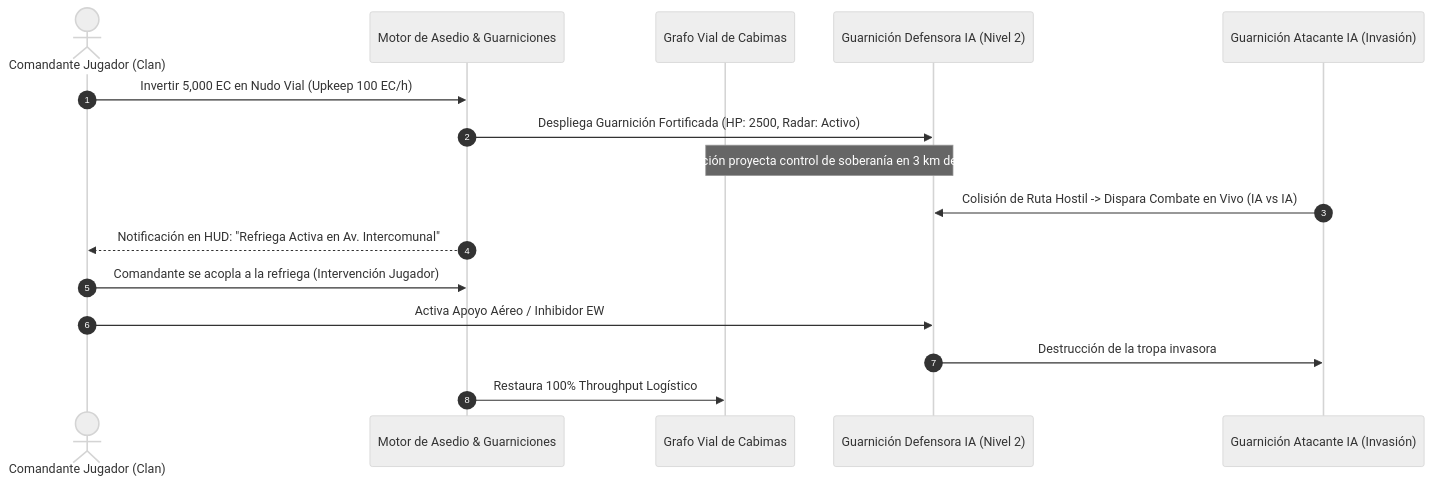
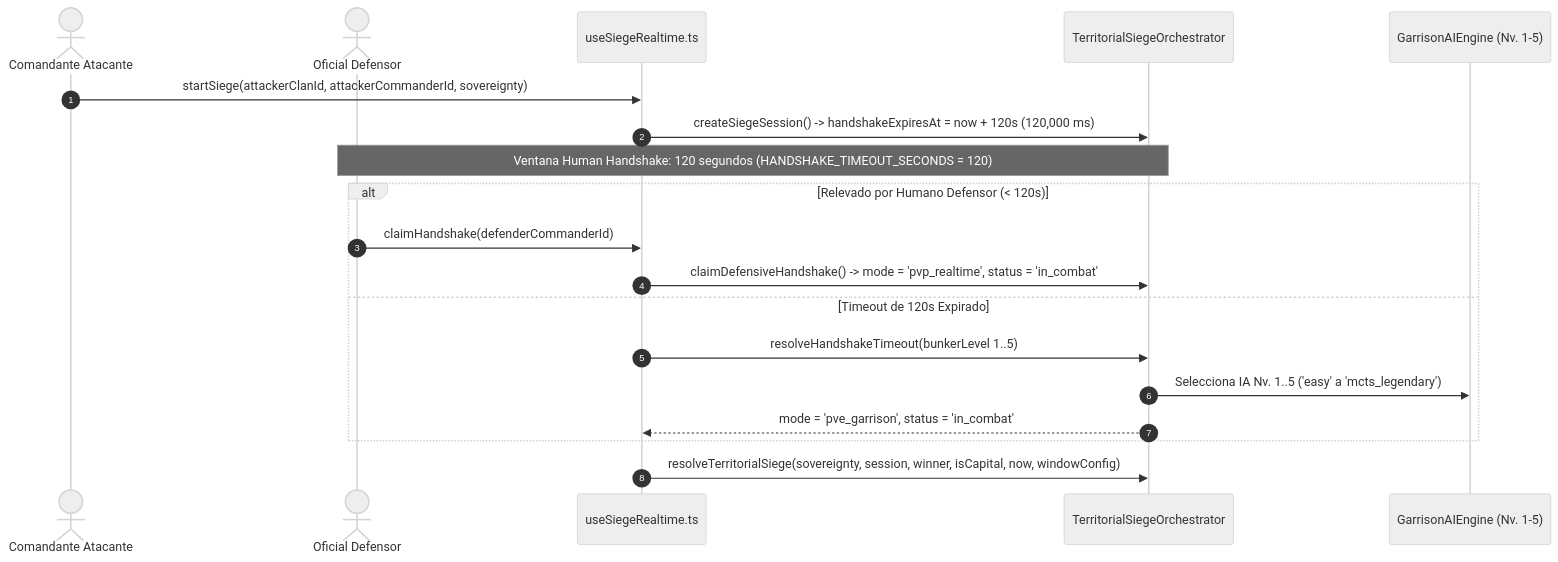
One commit to davikisea/GEOTACTICS-ONLINE changed the seventh of 8 diagrams in docs/PROPUESTA_INGENIERIA_MAPA_METAPOLITICA_ALICE_CABIMAS.md. Above: the diagram before and after it, drawn with Mermaid (neutral theme). The commit also changed other lines of this file and 352 other files, not shown here.

Commit message:
feat(architecture): migración modular a 4 dominios (@domains/*), consolidación de base de datos y sincronización de suites deterministas

````diff
--- a/docs/PROPUESTA_INGENIERIA_MAPA_METAPOLITICA_ALICE_CABIMAS.md
+++ b/docs/PROPUESTA_INGENIERIA_MAPA_METAPOLITICA_ALICE_CABIMAS.md
@@ -293,20 +329,22 @@
 ```mermaid
 sequenceDiagram
     autonumber
-    actor ClanPlayer as Comandante Jugador (Clan)
-    participant Engine as Motor de Asedio & Guarniciones
-    participant RoadGraph as Grafo Vial de Cabimas
-    participant AI1 as Guarnición Defensora IA (Nivel 2)
-    participant AI2 as Guarnición Atacante IA (Invasión)
+    actor Attacker as Comandante Atacante
+    actor Defender as Oficial Defensor
+    participant Hook as useSiegeRealtime.ts
+    participant Siege as TerritorialSiegeOrchestrator
+    participant AI as GarrisonAIEngine (Nv. 1-5)
 
-    ClanPlayer->>Engine: Invertir 5,000 EC en Nudo Vial (Upkeep 100 EC/h)
-    Engine->>AI1: Despliega Guarnición Fortificada (HP: 2500, Radar: Activo)
-    Note over AI1,RoadGraph: La Guarnición proyecta control de soberanía en 3 km de carretera
-
-    AI2->>AI1: Colisión de Ruta Hostil -> Dispara Combate en Vivo (IA vs IA)
-    Engine-->>ClanPlayer: Notificación en HUD: "Refriega Activa en Av. Intercomunal"
-    ClanPlayer->>Engine: Comandante se acopla a la refriega (Intervención Jugador)
-    ClanPlayer->>AI1: Activa Apoyo Aéreo / Inhibidor EW
-    AI1->>AI2: Destrucción de la tropa invasora
-    Engine->>RoadGraph: Restaura 100% Throughput Logístico
+    Attacker->>Hook: startSiege(attackerClanId, attackerCommanderId, sovereignty)
+    Hook->>Siege: createSiegeSession() -> handshakeExpiresAt = now + 120s (120,000 ms)
+    Note over Siege,Defender: Ventana Human Handshake: 120 segundos (HANDSHAKE_TIMEOUT_SECONDS = 120)
+    alt Relevado por Humano Defensor (< 120s)
+        Defender->>Hook: claimHandshake(defenderCommanderId)
+        Hook->>Siege: claimDefensiveHandshake() -> mode = 'pvp_realtime', status = 'in_combat'
+    else Timeout de 120s Expirado
+        Hook->>Siege: resolveHandshakeTimeout(bunkerLevel 1..5)
+        Siege->>AI: Selecciona IA Nv. 1..5 ('easy' a 'mcts_legendary')
+        Siege-->>Hook: mode = 'pve_garrison', status = 'in_combat'
+    end
+    Hook->>Siege: resolveTerritorialSiege(sovereignty, session, winner, isCapital, now, windowConfig)
 ```
````
